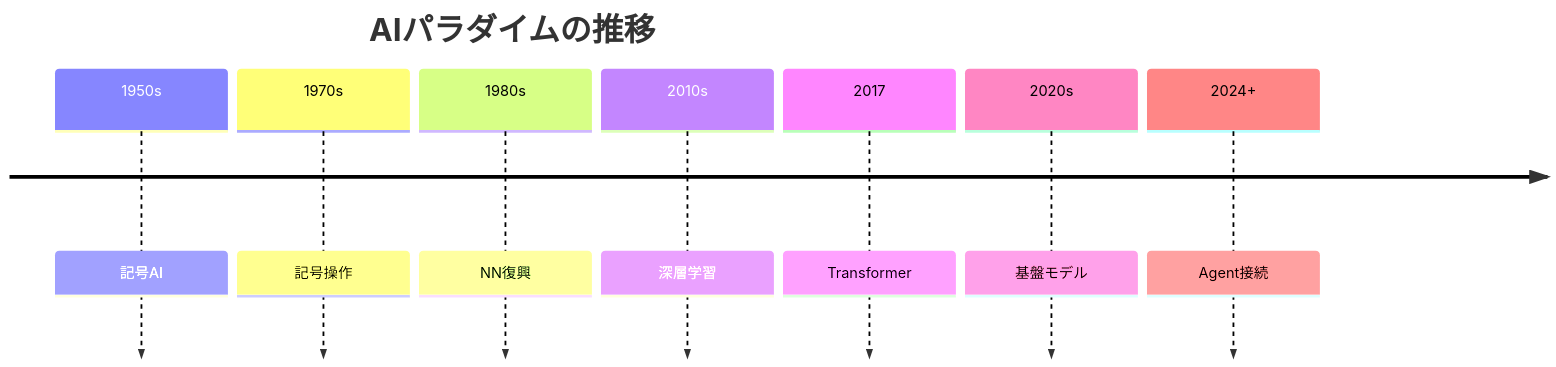
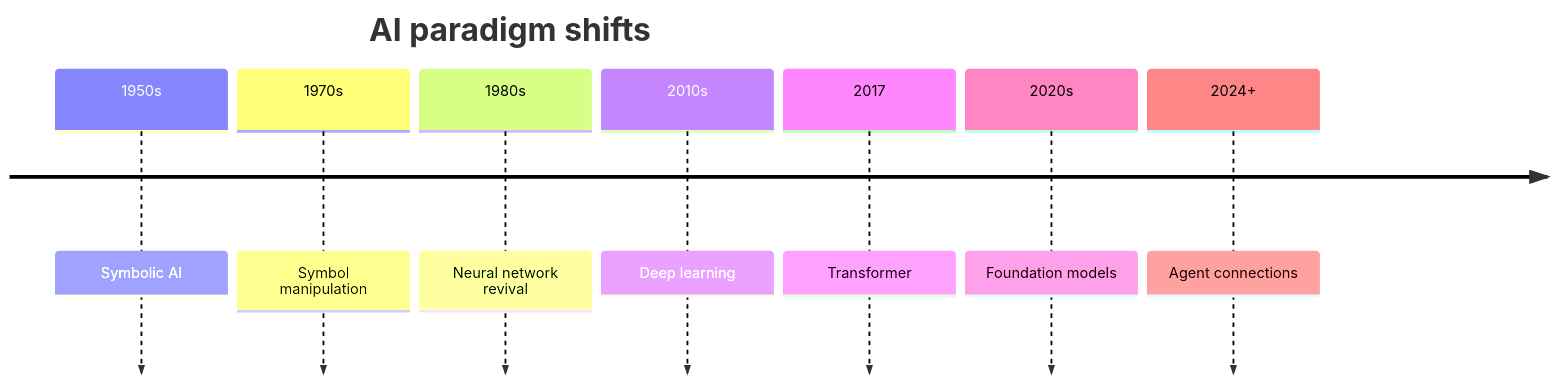
One commit to daylight55/research changed the second of 13 diagrams in content/blog/en/ai-llm-ontology-memory.mdx. Above: the diagram before and after it, drawn with Mermaid. The commit also changed other lines of this file and 26 other files, not shown here.

Commit message:
Translate English Mermaid labels

````diff
--- a/content/blog/en/ai-llm-ontology-memory.mdx
+++ b/content/blog/en/ai-llm-ontology-memory.mdx
@@ -55,11 +55,11 @@
 ```mermaid
 timeline
-  title AIパラダイムの推移
-  1950s : 記号AI
-  1970s : 記号操作
-  1980s : NN復興
-  2010s : 深層学習
+  title AI paradigm shifts
+  1950s : Symbolic AI
+  1970s : Symbol manipulation
+  1980s : Neural network revival
+  2010s : Deep learning
   2017 : Transformer
-  2020s : 基盤モデル
-  2024+ : Agent接続
+  2020s : Foundation models
+  2024+ : Agent connections
 ```
````
